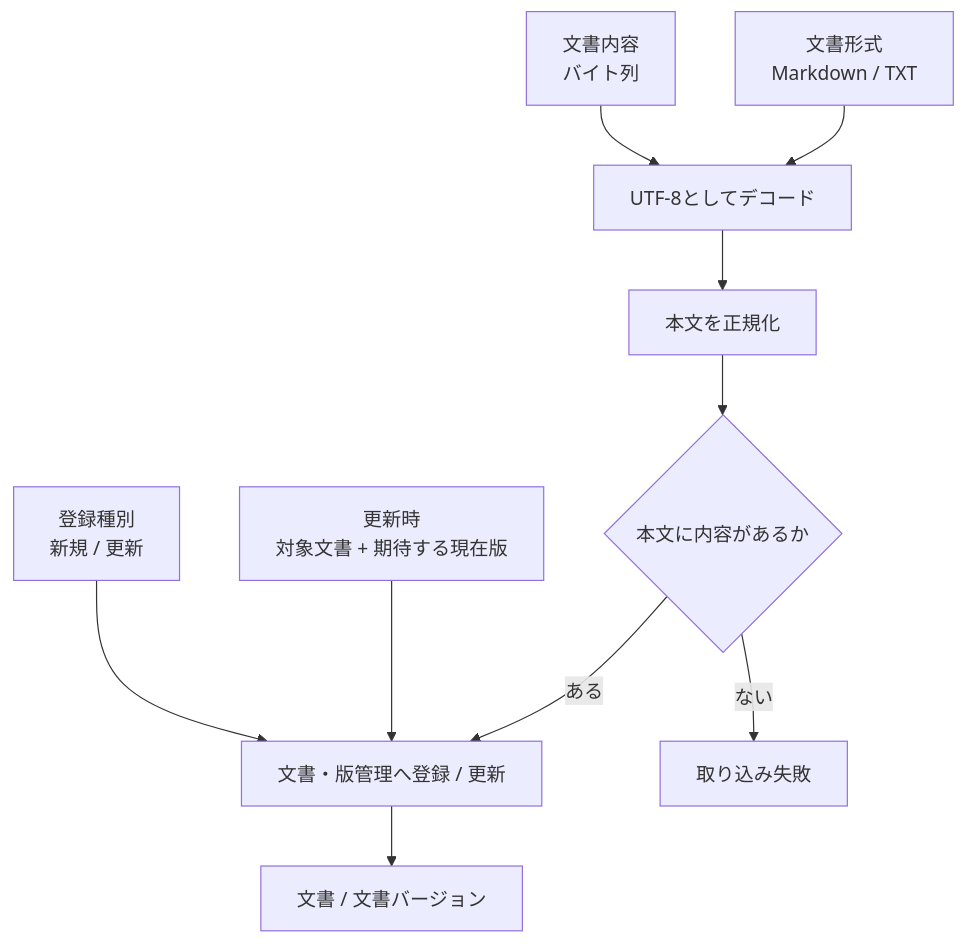
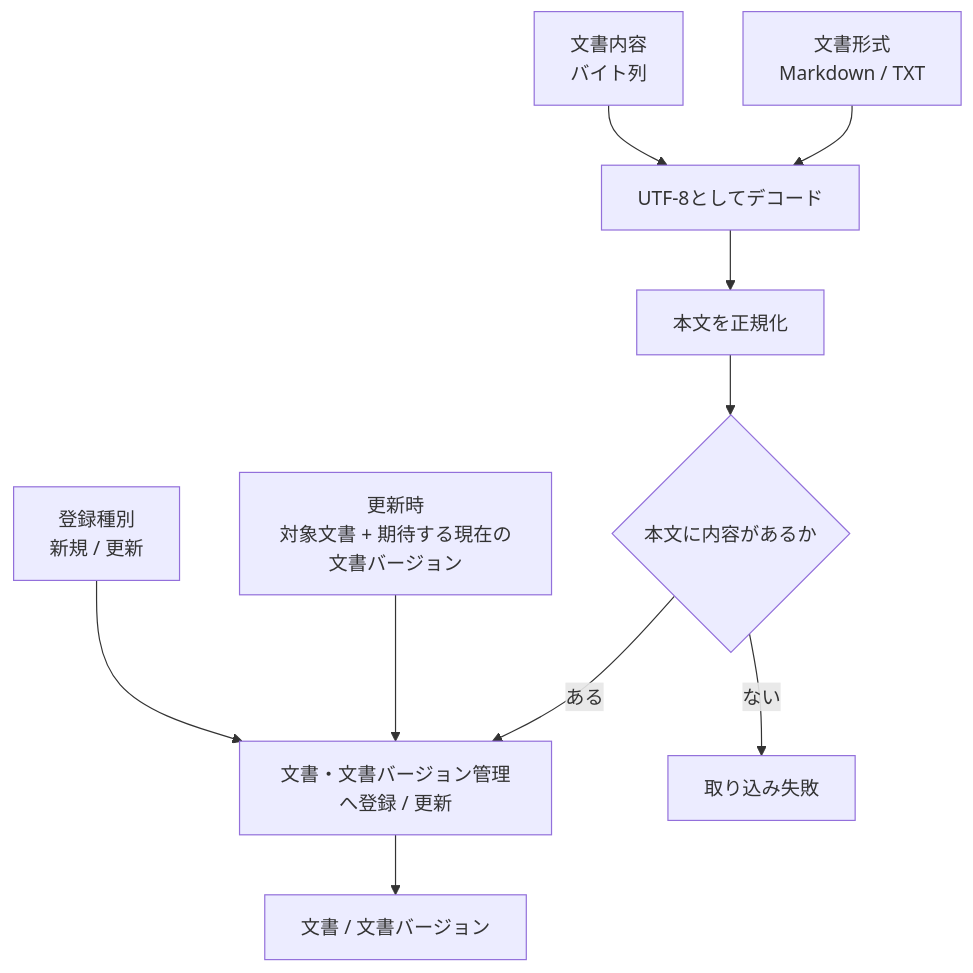
The diagram in project-docs/design/domains/documents/文書取り込み設計.md (takashit16833/RAGScope), drawn with Mermaid before and after one commit. The commit also changed other lines of this file and 10 other files, not shown here.

````diff
--- a/project-docs/design/domains/documents/文書取り込み設計.md
+++ b/project-docs/design/domains/documents/文書取り込み設計.md
@@ -32,21 +32,21 @@
 ```mermaid
 flowchart TB
     Bytes["文書内容<br>バイト列"]
     Format["文書形式<br>Markdown / TXT"]
     Operation["登録種別<br>新規 / 更新"]
-    UpdateContext["更新時<br>対象文書 + 期待する現在版"]
+    UpdateContext["更新時<br>対象文書 + 期待する現在の文書バージョン"]
 
     Decode["UTF-8としてデコード"]
     Normalize["本文を正規化"]
     Validate{"本文に内容があるか"}
-    Register["文書・版管理へ登録 / 更新"]
+    Register["文書・文書バージョン管理へ登録 / 更新"]
     Result["文書 / 文書バージョン"]
 
     Bytes --> Decode
     Format --> Decode
     Decode --> Normalize --> Validate
     Operation --> Register
     UpdateContext --> Register
     Validate -->|"ある"| Register --> Result
     Validate -->|"ない"| Failure["取り込み失敗"]
 ```
````
